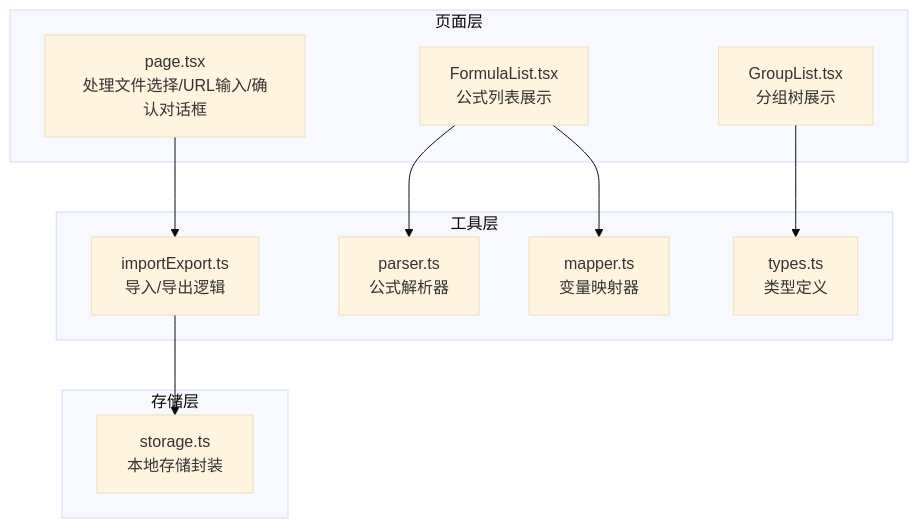
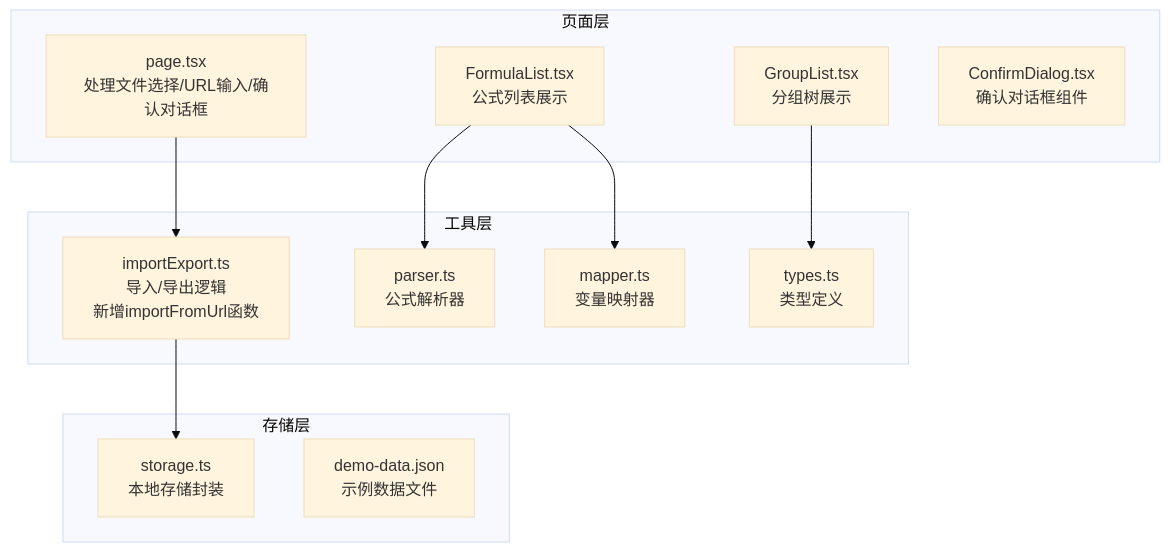
The first of 3 diagrams in .qoder/repowiki/zh/content/用户指南/数据管理/数据导入.md (steveyu2/formula-mapper), drawn with Mermaid (base theme) before and after one commit. The commit also changed other lines of this file and 4 other files, not shown here.

````diff
--- a/.qoder/repowiki/zh/content/用户指南/数据管理/数据导入.md
+++ b/.qoder/repowiki/zh/content/用户指南/数据管理/数据导入.md
@@ -44,22 +56,24 @@
 ```mermaid
 graph TB
 subgraph "页面层"
 Page["page.tsx<br/>处理文件选择/URL输入/确认对话框"]
 FormulaList["FormulaList.tsx<br/>公式列表展示"]
 GroupList["GroupList.tsx<br/>分组树展示"]
+ConfirmDialog["ConfirmDialog.tsx<br/>确认对话框组件"]
 end
 subgraph "工具层"
-ImportExport["importExport.ts<br/>导入/导出逻辑"]
+ImportExport["importExport.ts<br/>导入/导出逻辑<br/>新增importFromUrl函数"]
 Parser["parser.ts<br/>公式解析器"]
 Mapper["mapper.ts<br/>变量映射器"]
 Types["types.ts<br/>类型定义"]
 end
 subgraph "存储层"
 Storage["storage.ts<br/>本地存储封装"]
+DemoData["demo-data.json<br/>示例数据文件"]
 end
 Page --> ImportExport
 ImportExport --> Storage
 FormulaList --> Parser
 FormulaList --> Mapper
 GroupList --> Types
 ```
````
